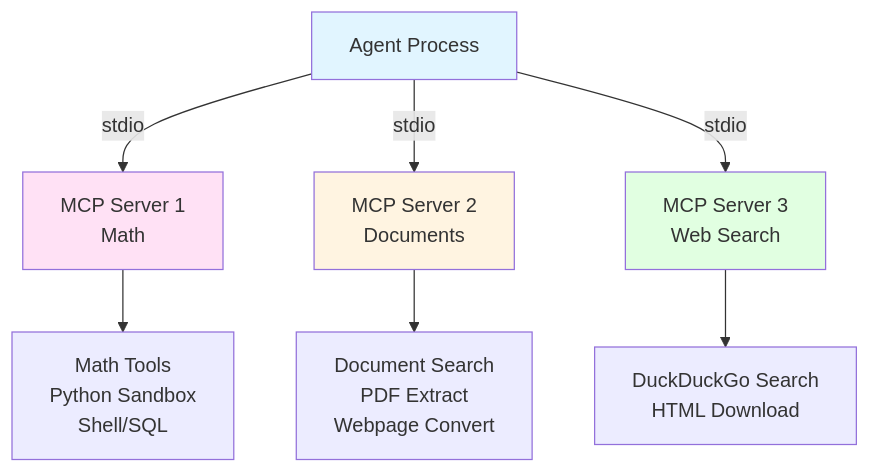
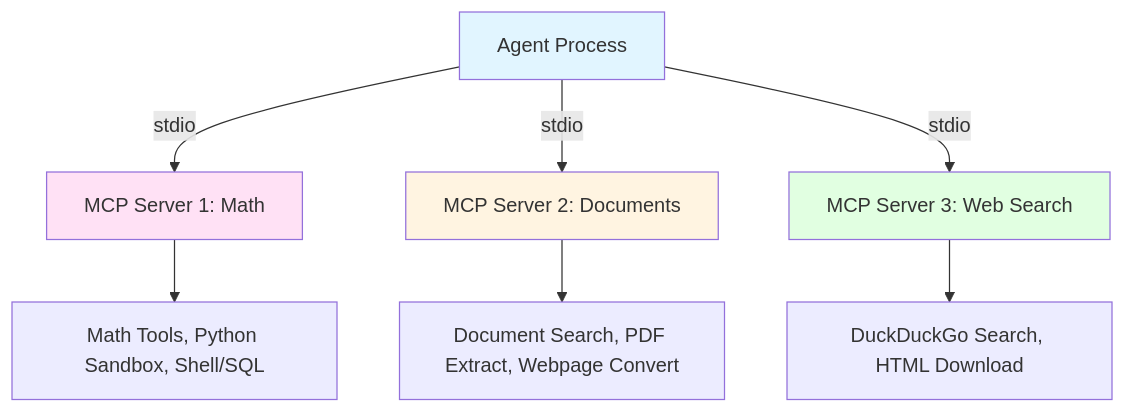
Before and after one commit to hsinghweb/eag-v2-s9: the fifth of 11 diagrams in Architecture.md, drawn with Mermaid. The commit also changed other lines of this file, not shown here.

Commit message:
Refine architecture diagrams by improving text clarity and formatting in flowcharts and graphs

````diff
--- a/Architecture.md
+++ b/Architecture.md
@@ -737,15 +737,15 @@
 ```mermaid
 graph TB
-    Agent[Agent Process] -->|stdio| MCP1[MCP Server 1<br/>Math]
-    Agent -->|stdio| MCP2[MCP Server 2<br/>Documents]
-    Agent -->|stdio| MCP3[MCP Server 3<br/>Web Search]
+    Agent[Agent Process] -->|stdio| MCP1["MCP Server 1: Math"]
+    Agent -->|stdio| MCP2["MCP Server 2: Documents"]
+    Agent -->|stdio| MCP3["MCP Server 3: Web Search"]
     
-    MCP1 --> Tools1[Math Tools<br/>Python Sandbox<br/>Shell/SQL]
-    MCP2 --> Tools2[Document Search<br/>PDF Extract<br/>Webpage Convert]
-    MCP3 --> Tools3[DuckDuckGo Search<br/>HTML Download]
+    MCP1 --> Tools1["Math Tools, Python Sandbox, Shell/SQL"]
+    MCP2 --> Tools2["Document Search, PDF Extract, Webpage Convert"]
+    MCP3 --> Tools3["DuckDuckGo Search, HTML Download"]
     
     style Agent fill:#e1f5ff
     style MCP1 fill:#ffe1f5
     style MCP2 fill:#fff4e1
     style MCP3 fill:#e1ffe1
 ```
````
